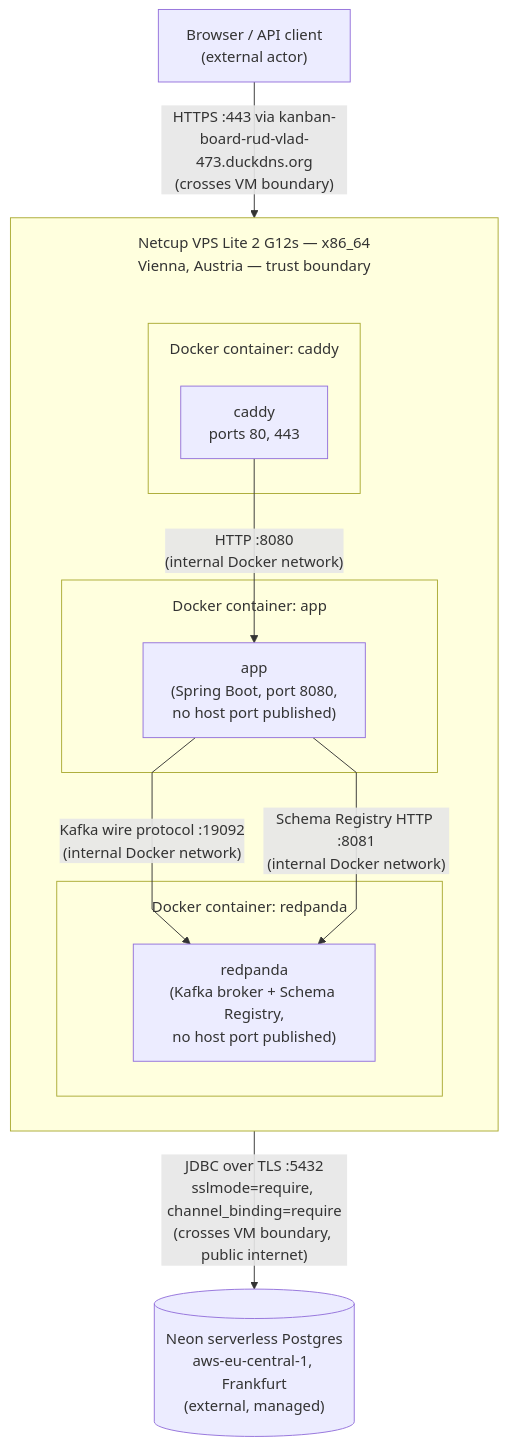
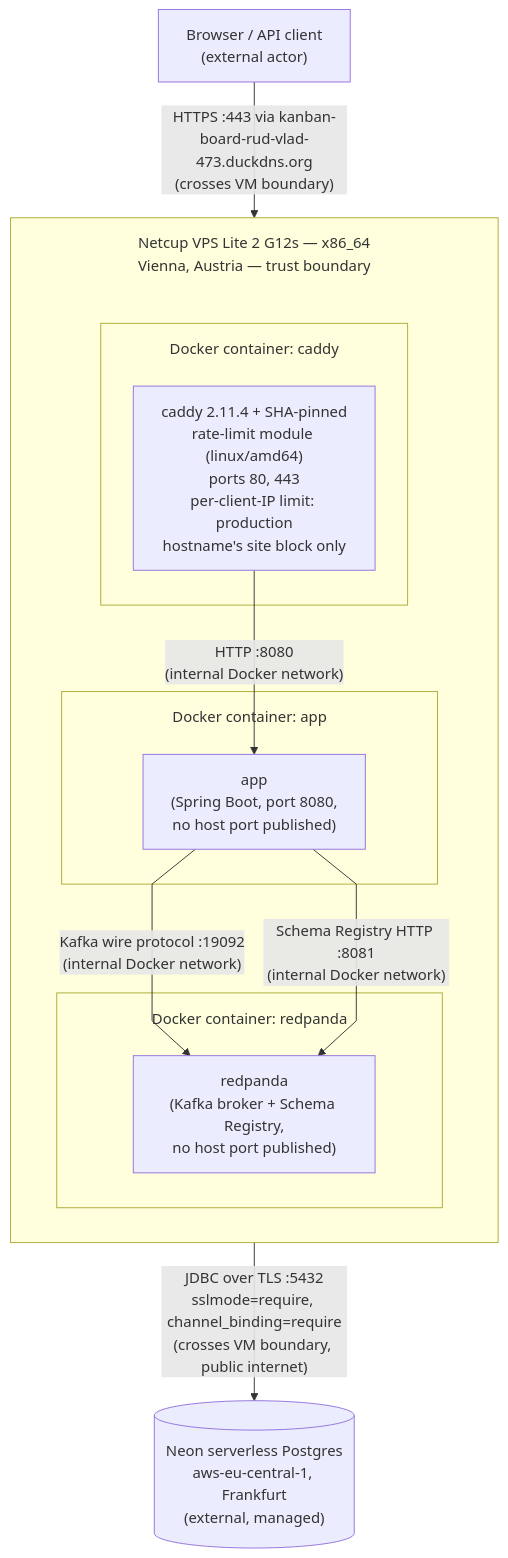
One commit to RudVlad473/kanban-board-backend changed the diagram in docs/diagrams/infra-physical-deployment.mmd. Above: the diagram before and after it, drawn with Mermaid. The commit also changed 5 other files, not shown here.

```diff
--- a/docs/diagrams/infra-physical-deployment.mmd
+++ b/docs/diagrams/infra-physical-deployment.mmd
@@ -1,30 +1,30 @@
 %%{init: {"flowchart": {"subGraphTitleMargin": {"top": 15, "bottom": 15}, "curve": "linear"}}}%%
 flowchart TB
     client["Browser / API client<br/>(external actor)"]
 
     subgraph netcup["Netcup VPS Lite 2 G12s — x86_64<br/>Vienna, Austria — trust boundary"]
         direction TB
 
         netcup_spacer[" "]
         style netcup_spacer height:1px,fill:none,stroke:none
 
         subgraph caddy_box["Docker container: caddy"]
-            caddy["caddy<br/>ports 80, 443"]
+            caddy["caddy 2.11.4 + SHA-pinned<br/>rate-limit module (linux/amd64)<br/>ports 80, 443<br/>per-client-IP limit: production<br/>hostname's site block only"]
         end
         netcup_spacer ~~~ caddy_box
         subgraph app_box["Docker container: app"]
             app["app<br/>(Spring Boot, port 8080,<br/>no host port published)"]
         end
         subgraph redpanda_box["Docker container: redpanda"]
             redpanda["redpanda<br/>(Kafka broker + Schema Registry,<br/>no host port published)"]
         end
 
         caddy -- "HTTP :8080<br/>(internal Docker network)" --> app
         app -- "Kafka wire protocol :19092<br/>(internal Docker network)" --> redpanda
         app -- "Schema Registry HTTP :8081<br/>(internal Docker network)" --> redpanda
     end
 
     neon[("Neon serverless Postgres<br/>aws-eu-central-1, Frankfurt<br/>(external, managed)")]
 
     client -- "HTTPS :443 via kanban-board-rud-vlad-473.duckdns.org<br/>(crosses VM boundary)" --> caddy
     app -- "JDBC over TLS :5432<br/>sslmode=require, channel_binding=require<br/>(crosses VM boundary, public internet)" --> neon
```
